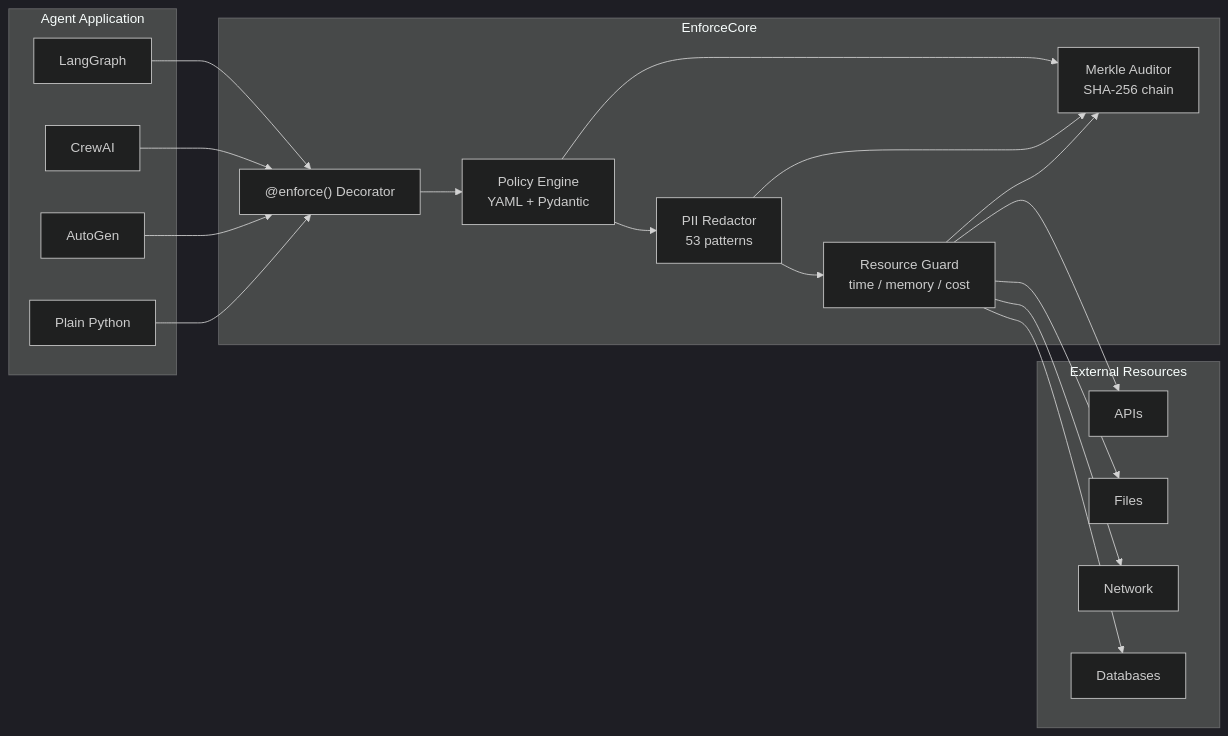
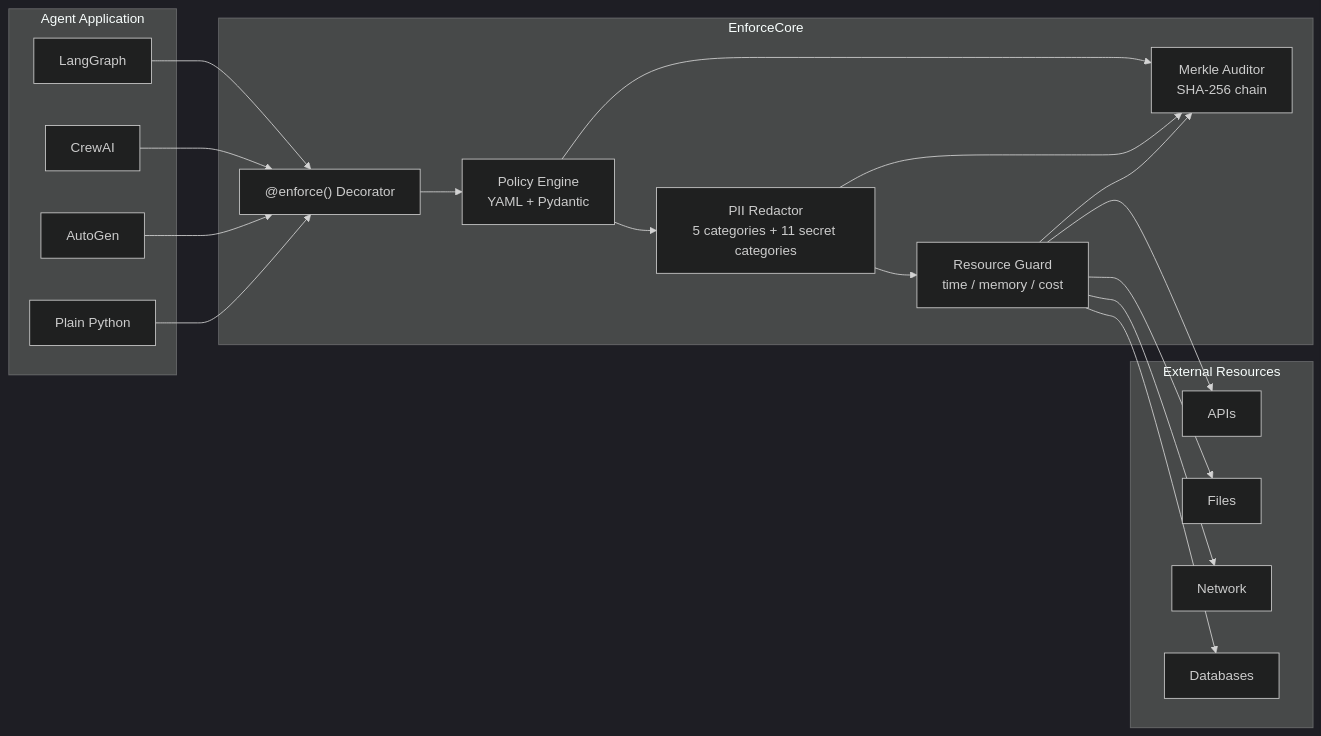
The second of 3 diagrams in site/docs/enforcecore.mdx (akios-ai/website), drawn with Mermaid (dark theme) before and after one commit. The commit also changed other lines of this file and 6 other files, not shown here.

````diff
--- a/site/docs/enforcecore.mdx
+++ b/site/docs/enforcecore.mdx
@@ -88,39 +93,39 @@
 ```mermaid
 graph LR
     subgraph APP["Agent Application"]
         LG["LangGraph"]
         CA["CrewAI"]
         AG["AutoGen"]
         PY["Plain Python"]
     end
 
     subgraph EC["EnforceCore"]
         DEC["@enforce() Decorator"]
         PE["Policy Engine\nYAML + Pydantic"]
-        PR["PII Redactor\n53 patterns"]
+        PR["PII Redactor\n5 categories + 11 secret categories"]
         MA["Merkle Auditor\nSHA-256 chain"]
         RG["Resource Guard\ntime / memory / cost"]
     end
 
     subgraph EXT["External Resources"]
         API["APIs"]
         FS["Files"]
         NET["Network"]
         DB["Databases"]
     end
 
     LG --> DEC
     CA --> DEC
     AG --> DEC
     PY --> DEC
     DEC --> PE
     PE --> PR
     PR --> RG
     RG --> API
     RG --> FS
     RG --> NET
     RG --> DB
     PE --> MA
     PR --> MA
     RG --> MA
 ```
````
